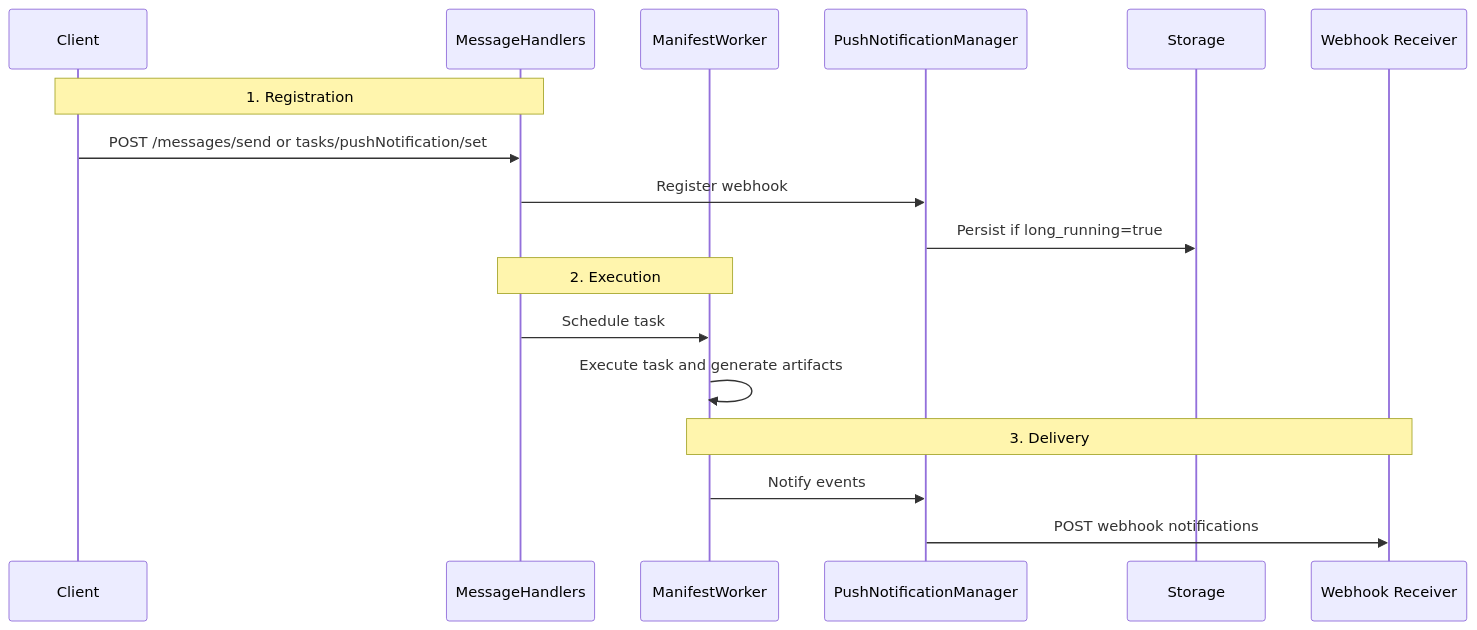
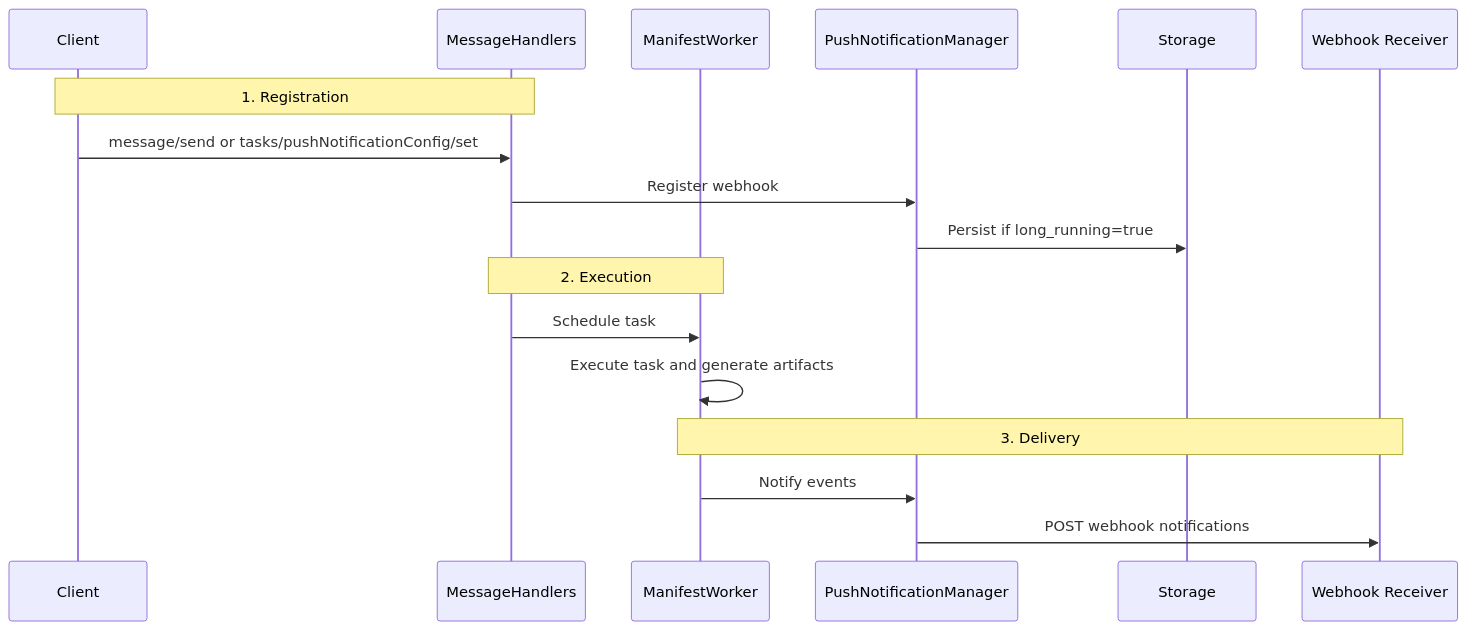
One commit to Paraschamoli/docs changed the diagram in bindu/learn/notification/overview.mdx. Above: the diagram before and after it, drawn with Mermaid. The commit also changed other lines of this file and 13 other files, not shown here.

````diff
--- a/bindu/learn/notification/overview.mdx
+++ b/bindu/learn/notification/overview.mdx
@@ -45,22 +45,22 @@
 ```mermaid
 sequenceDiagram
     participant Client
     participant Handlers as MessageHandlers
     participant Worker as ManifestWorker
     participant Push as PushNotificationManager
     participant Storage
     participant Webhook as Webhook Receiver
 
     Note over Client,Handlers: 1. Registration
-    Client->>Handlers: POST /messages/send or tasks/pushNotification/set
+    Client->>Handlers: message/send or tasks/pushNotificationConfig/set
     Handlers->>Push: Register webhook
     Push->>Storage: Persist if long_running=true
 
     Note over Handlers,Worker: 2. Execution
     Handlers->>Worker: Schedule task
     Worker->>Worker: Execute task and generate artifacts
 
     Note over Worker,Webhook: 3. Delivery
     Worker->>Push: Notify events
     Push->>Webhook: POST webhook notifications
 ```
````
